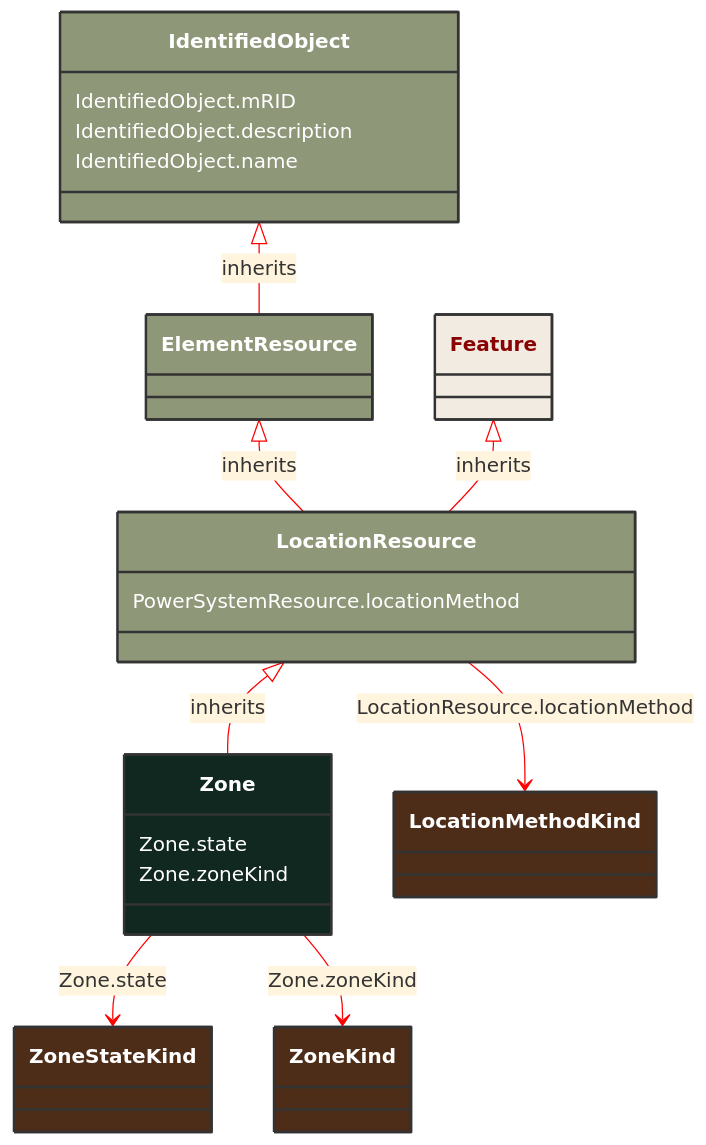
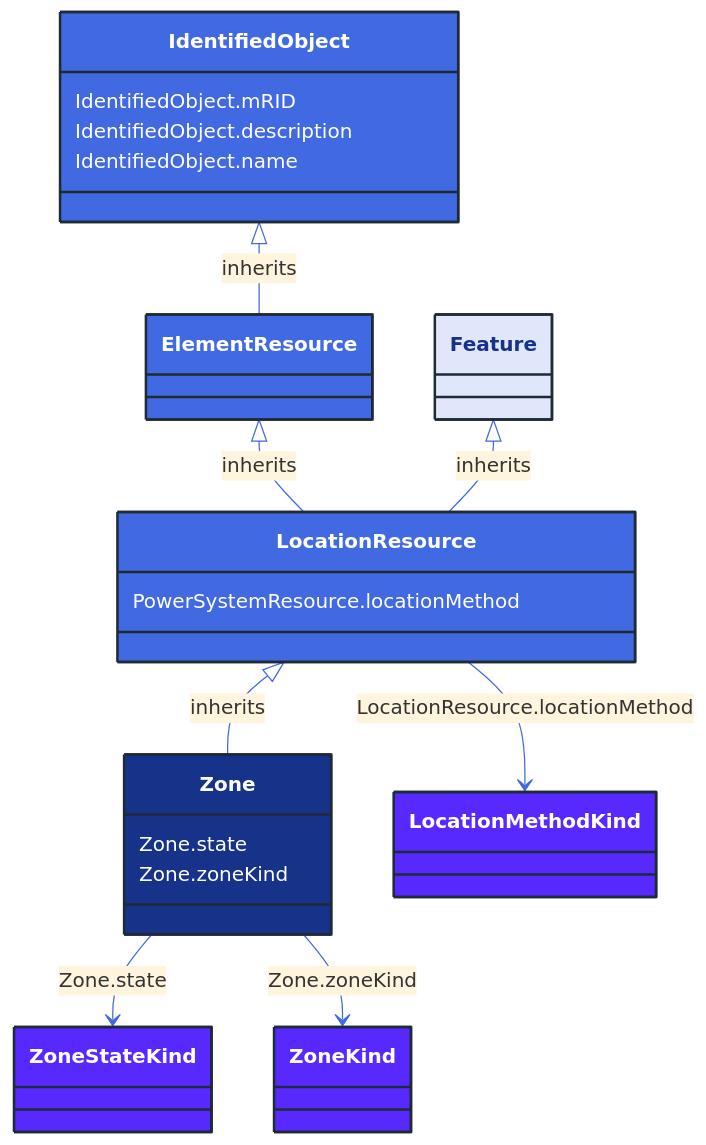
One commit to 3lbits/NoCIMExtensions changed the diagram in docs/Models/Profiles/AviationObstacle/ConcreteClasses/Zone.md. Above: the diagram before and after it, drawn with Mermaid. The commit also changed 362 other files, not shown here.

First line of the commit message:
Update diagrams and styles for improved visual consistency

````diff
--- a/docs/Models/Profiles/AviationObstacle/ConcreteClasses/Zone.md
+++ b/docs/Models/Profiles/AviationObstacle/ConcreteClasses/Zone.md
@@ -8,47 +8,47 @@
 ```mermaid
-%%{init: {'theme':'base','themeVariables': {'lineColor': '#FF0000'}}}%%
+%%{init: {'theme':'base','themeVariables': {'lineColor': '#4169E1'}}}%%
 classDiagram
     class Zone
     click Zone href "/Models/Profiles/AviationObstacle/ConcreteClasses/Zone/"
-    style Zone fill:#102820,stroke:#333,stroke-width:2px,rx:10,ry:10,color:white
+    style Zone fill:#163289,stroke:#1F2A37,stroke-width:2px,rx:10,ry:10,color:white
      
         LocationResource <|-- Zone : inherits
             click LocationResource href "/Models/Profiles/AviationObstacle/AbstractClasses/LocationResource/"
-            style LocationResource fill:#8F9779,stroke:#333,stroke-width:2px,rx:10,ry:10,color:white
+            style LocationResource fill:#4169E1,stroke:#1F2A37,stroke-width:2px,rx:10,ry:10,color:white
      
         ElementResource <|-- LocationResource : inherits
             click ElementResource href "/Models/Profiles/AviationObstacle/AbstractClasses/ElementResource/"
-            style ElementResource fill:#8F9779,stroke:#333,stroke-width:2px,rx:10,ry:10,color:white
+            style ElementResource fill:#4169E1,stroke:#1F2A37,stroke-width:2px,rx:10,ry:10,color:white
      
         IdentifiedObject <|-- ElementResource : inherits
             click IdentifiedObject href "/Models/Profiles/AviationObstacle/AbstractClasses/IdentifiedObject/"
-            style IdentifiedObject fill:#8F9779,stroke:#333,stroke-width:2px,rx:10,ry:10,color:white
+            style IdentifiedObject fill:#4169E1,stroke:#1F2A37,stroke-width:2px,rx:10,ry:10,color:white
 
         Feature <|-- LocationResource : inherits
             click Feature href "/Models/Profiles/AviationObstacle/AbstractClasses/Feature/"
-            style Feature fill:#F2EBE2,stroke:#333,stroke-width:2px,rx:10,ry:10,color:#8A0303
+            style Feature fill:#E0E7FA,stroke:#1F2A37,stroke-width:2px,rx:10,ry:10,color:#163289
 
 
         Zone --> ZoneStateKind : Zone.state
 
         ZoneStateKind
             click ZoneStateKind href "/Models/Profiles/AviationObstacle/Enumerations/ZoneStateKind/"
-            style ZoneStateKind fill:#4D2D18,stroke:#333,stroke-width:2px,rx:10,ry:10,color:white
+            style ZoneStateKind fill:#5729FF,stroke:#1F2A37,stroke-width:2px,rx:10,ry:10,color:white
         Zone --> ZoneKind : Zone.zoneKind
 
         ZoneKind
             click ZoneKind href "/Models/Profiles/AviationObstacle/Enumerations/ZoneKind/"
-            style ZoneKind fill:#4D2D18,stroke:#333,stroke-width:2px,rx:10,ry:10,color:white
+            style ZoneKind fill:#5729FF,stroke:#1F2A37,stroke-width:2px,rx:10,ry:10,color:white
         LocationResource --> LocationMethodKind : LocationResource.locationMethod
 
         LocationMethodKind
             click LocationMethodKind href "/Models/Profiles/AviationObstacle/Enumerations/LocationMethodKind/"
-            style LocationMethodKind fill:#4D2D18,stroke:#333,stroke-width:2px,rx:10,ry:10,color:white
+            style LocationMethodKind fill:#5729FF,stroke:#1F2A37,stroke-width:2px,rx:10,ry:10,color:white
 
         Zone : Zone.state
         Zone : Zone.zoneKind
         LocationResource : PowerSystemResource.locationMethod
         IdentifiedObject : IdentifiedObject.mRID
         IdentifiedObject : IdentifiedObject.description
         IdentifiedObject : IdentifiedObject.name
 ```
````
